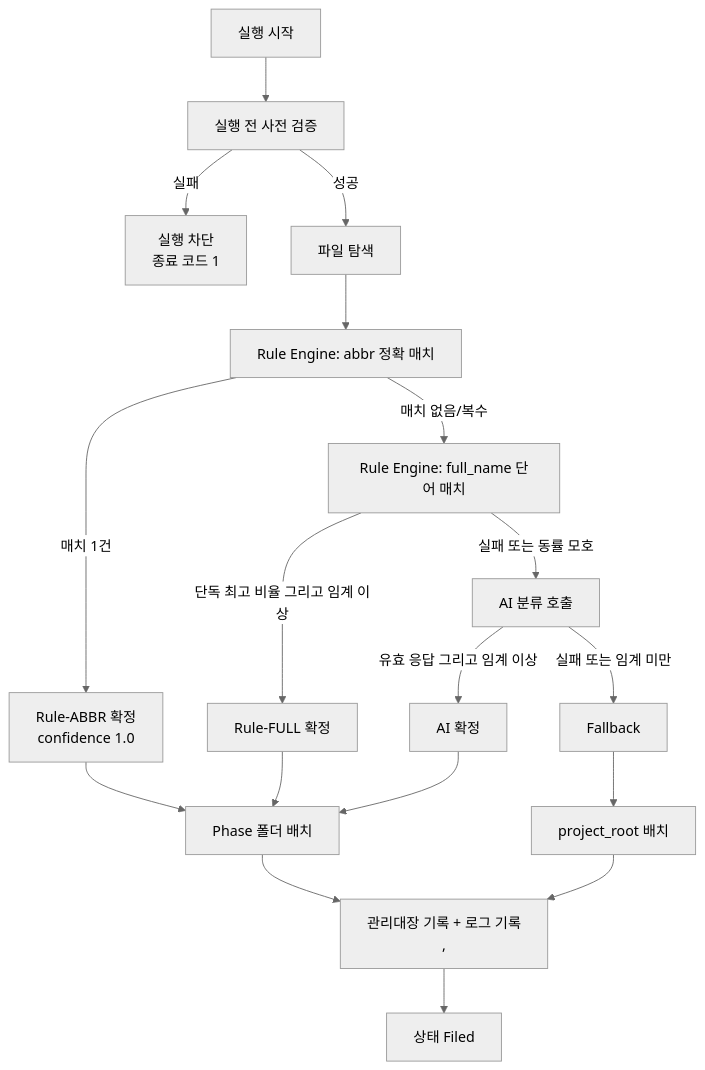
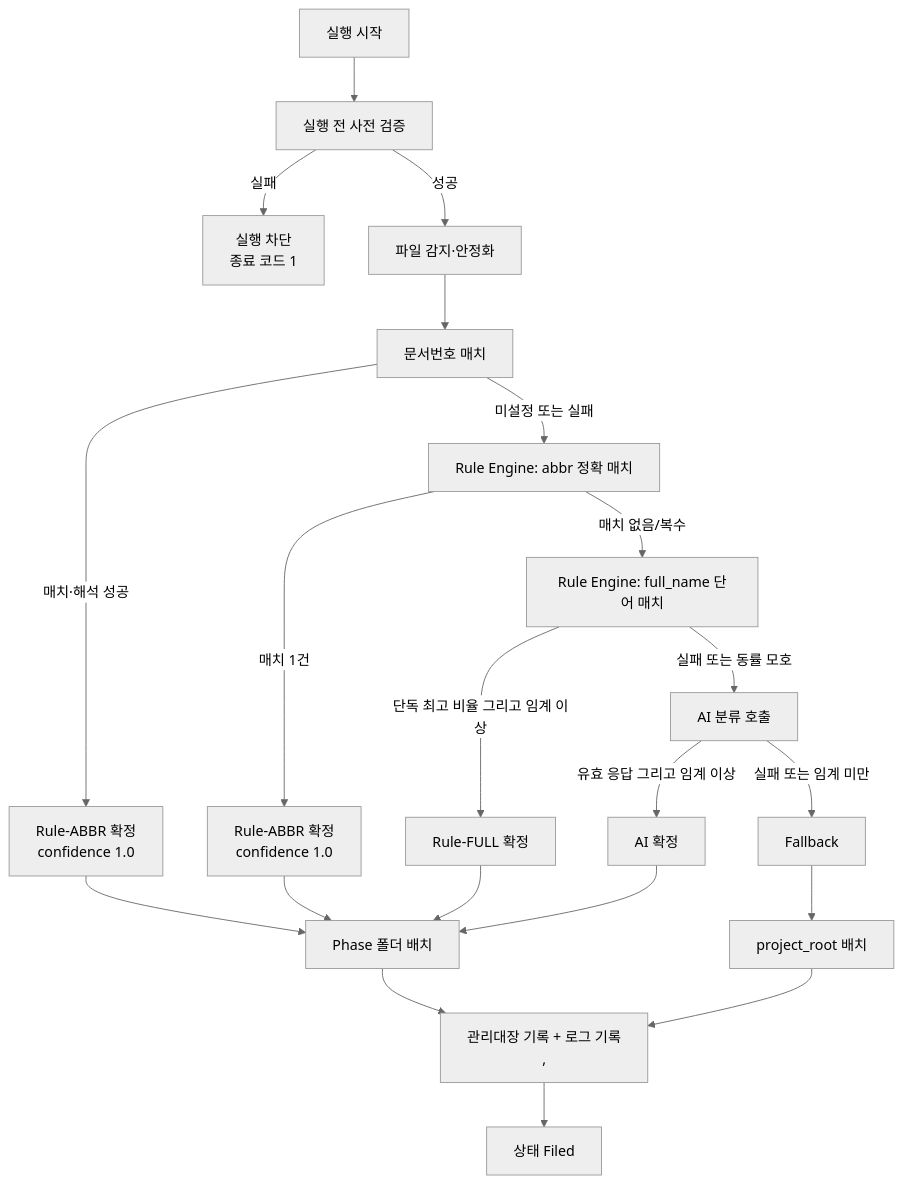
Before and after one commit to jby2199/IDMA: the diagram in docs/2.Requirement/SRS.md, drawn with Mermaid (neutral theme). The commit also changed other lines of this file and 7 other files, not shown here.

````diff
--- a/docs/2.Requirement/SRS.md
+++ b/docs/2.Requirement/SRS.md
@@ -120,20 +130,23 @@
 ```mermaid
 flowchart TD
     A["실행 시작"] --> B["실행 전 사전 검증<br/><SRS-F004>"]
     B -->|실패| Z["실행 차단<br/>종료 코드 1"]
-    B -->|성공| C["파일 탐색<br/><SRS-F007>"]
-    C --> D["Rule Engine: abbr 정확 매치<br/><SRS-F011>"]
+    B -->|성공| C["파일 감지·안정화<br/><SRS-F009>"]
+    C --> DN["문서번호 매치<br/><SRS-F018>"]
+    DN -->|매치·해석 성공| R0["Rule-ABBR 확정<br/>confidence 1.0"]
+    DN -->|미설정 또는 실패| D["Rule Engine: abbr 정확 매치<br/><SRS-F011>"]
     D -->|매치 1건| R1["Rule-ABBR 확정<br/>confidence 1.0"]
     D -->|매치 없음/복수| E["Rule Engine: full_name 단어 매치<br/><SRS-F012>"]
     E -->|단독 최고 비율 그리고 임계 이상| R2["Rule-FULL 확정"]
     E -->|실패 또는 동률 모호| F["AI 분류 호출<br/><SRS-F014>"]
     F -->|유효 응답 그리고 임계 이상| R3["AI 확정"]
     F -->|실패 또는 임계 미만| G["Fallback<br/><SRS-F022>"]
-    R1 --> H["Phase 폴더 배치<br/><SRS-F020>"]
+    R0 --> H["Phase 폴더 배치<br/><SRS-F020>"]
+    R1 --> H
     R2 --> H
     R3 --> H
     G --> I["project_root 배치"]
     H --> J["관리대장 기록 + 로그 기록<br/><SRS-F030>, <SRS-F034>"]
     I --> J
     J --> K["상태 Filed"]
 ```
````
